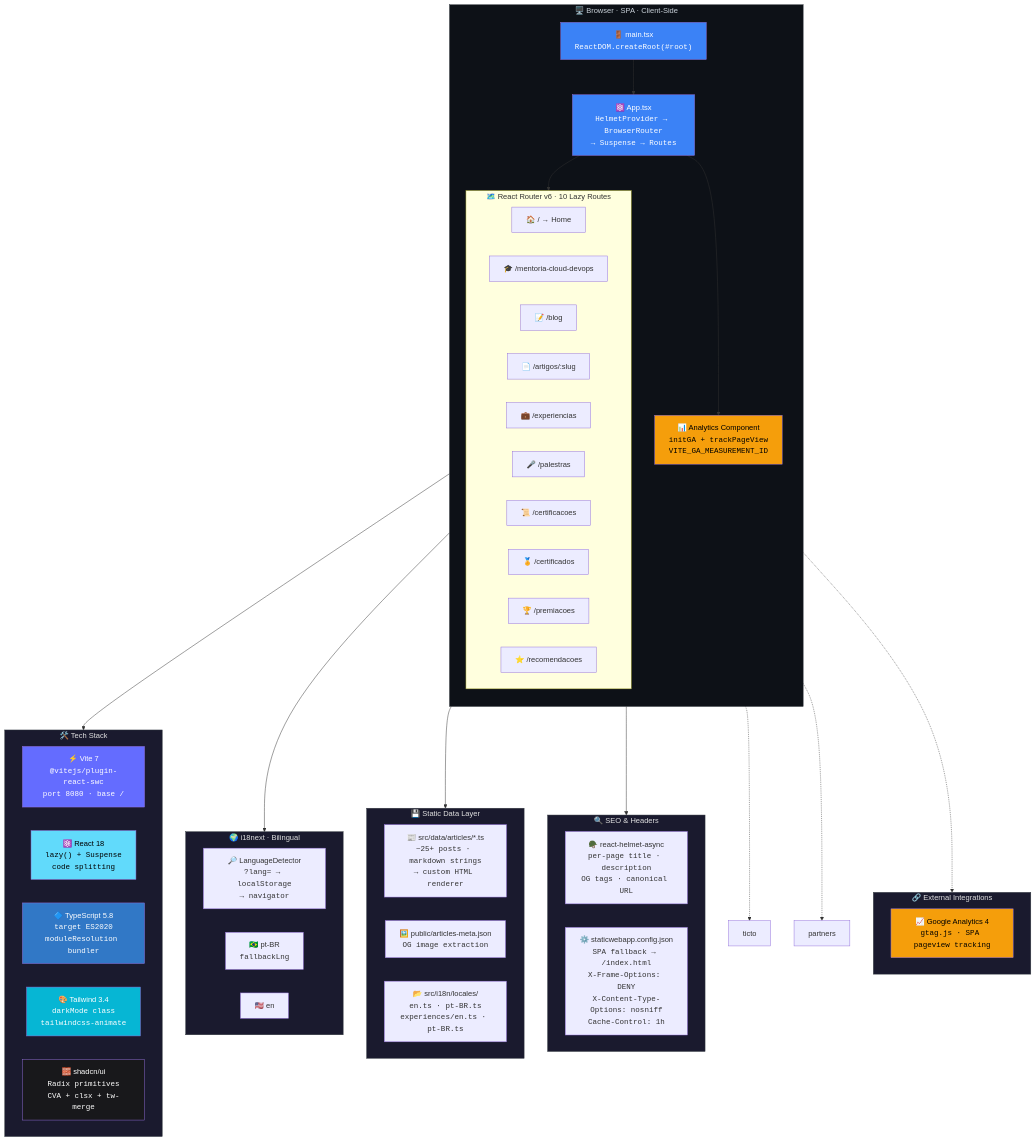
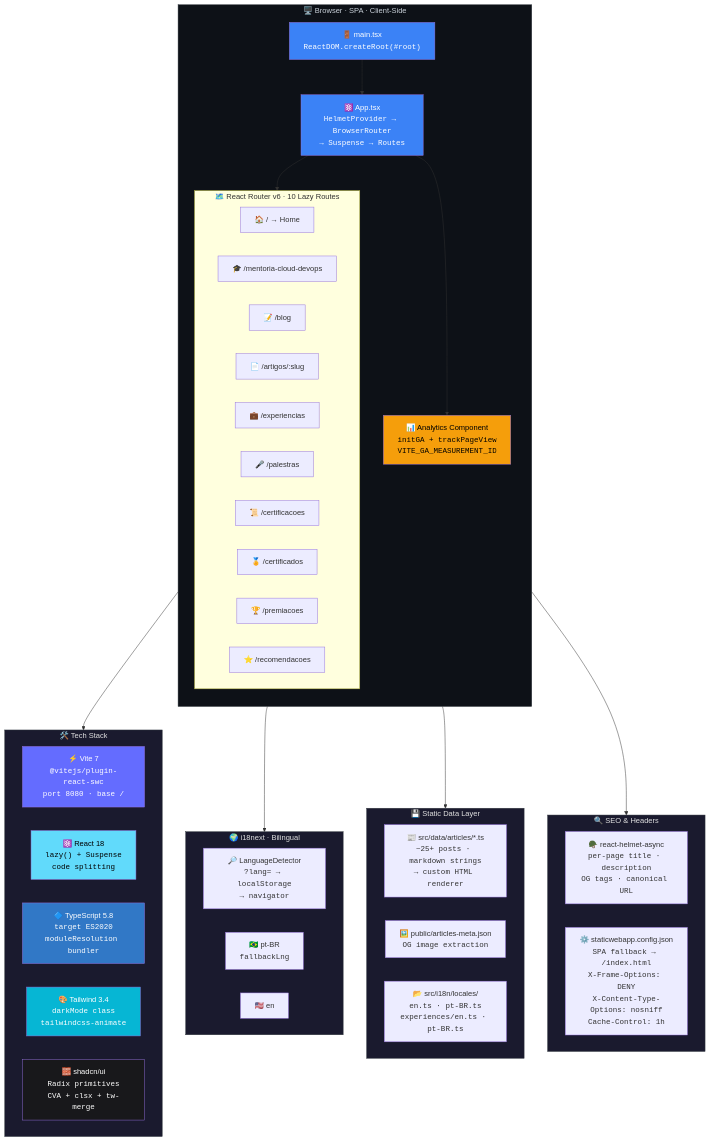
Before and after one commit to orafaelferreiraa/orafaelferreira-com: the third of 5 diagrams in README.md, drawn with Mermaid.

Commit message:
refactor(docs): remove external integrations section from README flowchart for clarity

```diff
--- a/README.md
+++ b/README.md
@@ -336,29 +336,19 @@
         swa_config["⚙️ staticwebapp.config.json<br/><code>SPA fallback → /index.html<br/>X-Frame-Options: DENY<br/>X-Content-Type-Options: nosniff<br/>Cache-Control: 1h</code>"]
     end
 
-    subgraph external["🔗 External Integrations"]
-        direction LR
-        ga["📈 Google Analytics 4<br/><code>gtag.js · SPA pageview tracking</code>"]
-    end
-
     client --> stack
     client --> i18n
     client --> data
     client --> seo
-    analytics_comp -.-> ga
-    routes -.-> ticto
-    routes -.-> partners
 
     style client fill:#0d1117,color:#c9d1d9,stroke:#30363d
     style stack fill:#1a1a2e,color:#e0e0e0,stroke:#30363d
     style i18n fill:#1a1a2e,color:#e0e0e0,stroke:#30363d
     style data fill:#1a1a2e,color:#e0e0e0,stroke:#30363d
     style seo fill:#1a1a2e,color:#e0e0e0,stroke:#30363d
-    style external fill:#1a1a2e,color:#e0e0e0,stroke:#30363d
     style entry fill:#3b82f6,color:#fff
     style app fill:#3b82f6,color:#fff
     style analytics_comp fill:#f59e0b,color:#000
-    style ga fill:#f59e0b,color:#000
     style vite fill:#646cff,color:#fff
     style react fill:#61dafb,color:#000
     style ts fill:#3178c6,color:#fff
```
